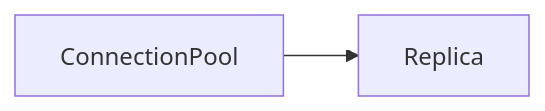
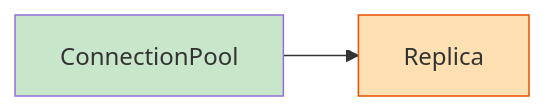
One commit to thibaudnavarre/docdive changed the second of 2 diagrams in fixtures/toy/architecture/orders-db.md. Above: the diagram before and after it, drawn with Mermaid. The commit also changed 3 other files, not shown here.

Commit message:
docs(examples): add Material palette toggle and an author-styled OrdersDB diagram (T07)

````diff
--- a/fixtures/toy/architecture/orders-db.md
+++ b/fixtures/toy/architecture/orders-db.md
@@ -10,4 +10,7 @@
 ```mermaid
 flowchart LR
   ConnectionPool --> Replica
+  classDef author fill:#ffe0b2,stroke:#e65100
+  class Replica author
+  style ConnectionPool fill:#c8e6c9
 ```
````
